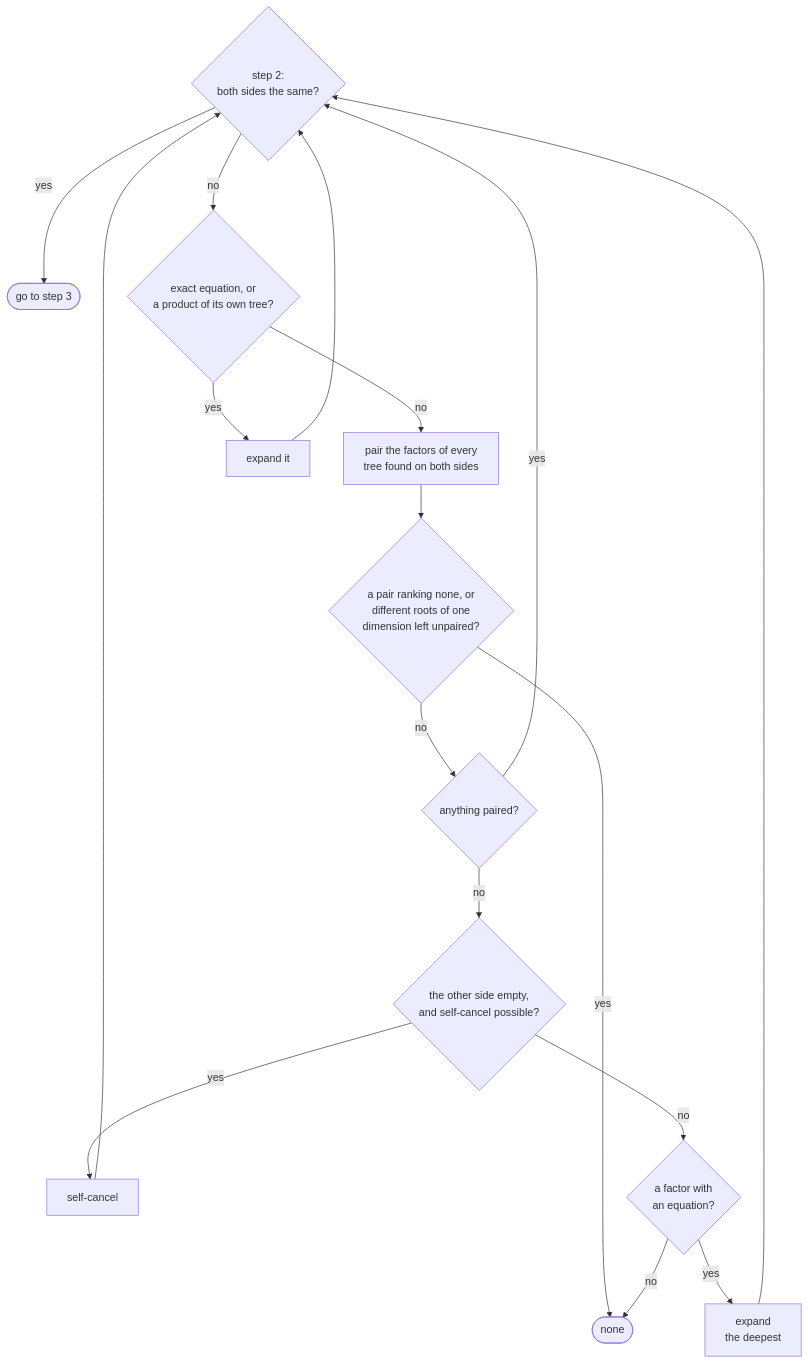
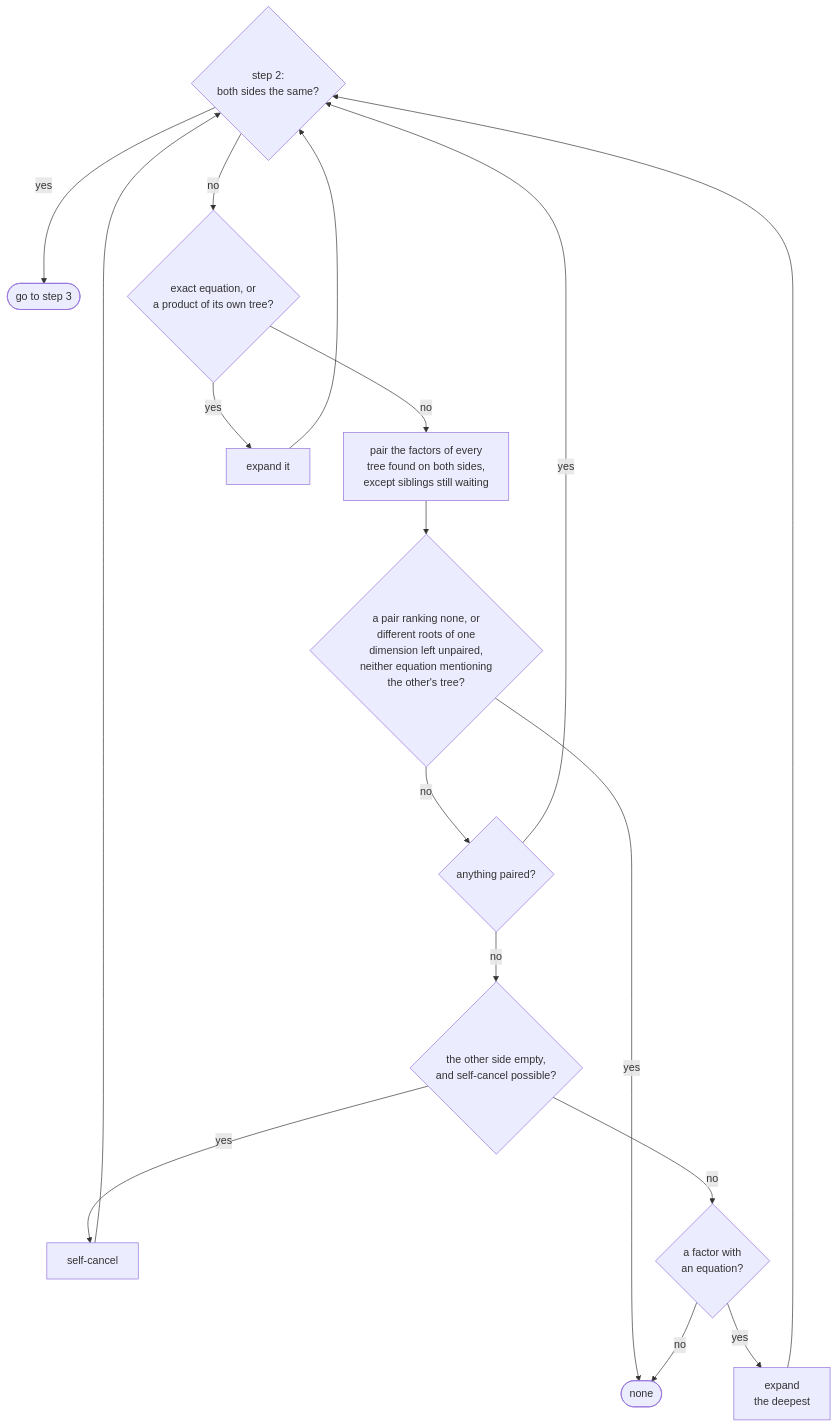
The second of 11 diagrams in docs/users_guide/advanced_topics/quantity_spec_conversions.md (mpusz/mp-units), drawn with Mermaid before and after one commit. The commit also changed other lines of this file and 8 other files, not shown here.

````diff
--- a/docs/users_guide/advanced_topics/quantity_spec_conversions.md
+++ b/docs/users_guide/advanced_topics/quantity_spec_conversions.md
@@ -172,19 +173,19 @@
 ```mermaid
 flowchart TD
     left{step 2:<br>both sides the same?} -- yes --> done([go to step 3])
     left -- no --> single{exact equation, or<br>a product of its own tree?}
-    single -- no --> pair[pair the factors of every<br>tree found on both sides]
+    single -- no --> pair[pair the factors of every<br>tree found on both sides,<br>except siblings still waiting]
     single -- yes --> sub[expand it]
-    pair --> apart{a pair ranking none, or<br>different roots of one<br>dimension left unpaired?}
+    pair --> apart{a pair ranking none, or<br>different roots of one<br>dimension left unpaired,<br>neither equation mentioning<br>the other's tree?}
     apart -- yes --> r_no([none])
     apart -- no --> paired{anything paired?}
     paired -- no --> cancel{the other side empty,<br>and self-cancel possible?}
     cancel -- yes --> cancelled[self-cancel]
     cancel -- no --> deep{a factor with<br>an equation?}
     deep -- no --> r_no
     deep -- yes --> reduce[expand<br>the deepest]
     sub --> left
     paired -- yes --> left
     cancelled --> left
     reduce --> left
 ```
````
